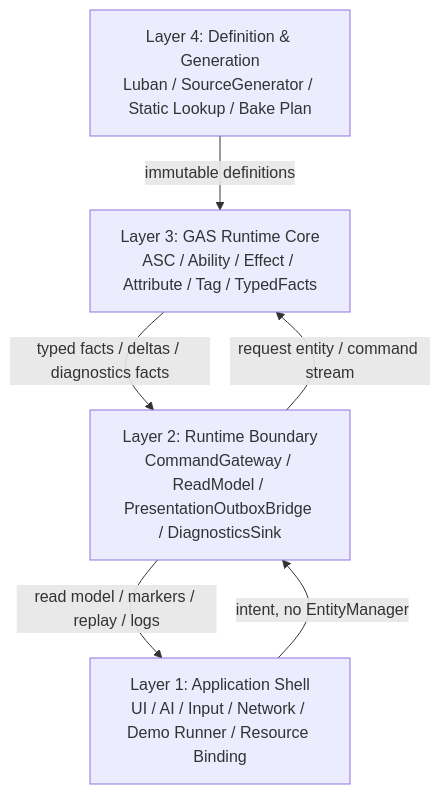
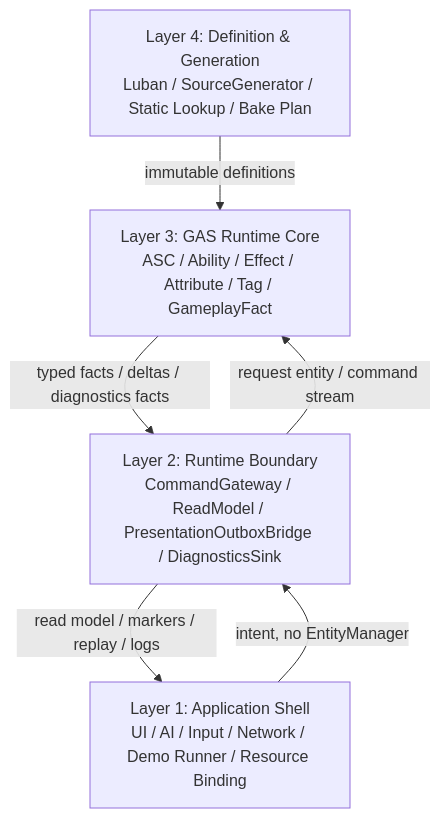
Before and after one commit to Bo-ki/gameplay-ability-system-for-unity: the diagram in 方案讨论/针对2.0的ECS架构的迭代方案讨论/01-目标态架构共识/02-四层架构Spec.md, drawn with Mermaid. The commit also changed other lines of this file and 455 other files, not shown here.

Commit message:
runtime: 重构 GAS Runtime Core DOTS 架构

````diff
--- a/方案讨论/针对2.0的ECS架构的迭代方案讨论/01-目标态架构共识/02-四层架构Spec.md
+++ b/方案讨论/针对2.0的ECS架构的迭代方案讨论/01-目标态架构共识/02-四层架构Spec.md
@@ -22,13 +22,13 @@
 ```mermaid
 flowchart TB
     Definition["Layer 4: Definition & Generation\nLuban / SourceGenerator / Static Lookup / Bake Plan"]
-    Core["Layer 3: GAS Runtime Core\nASC / Ability / Effect / Attribute / Tag / TypedFacts"]
+    Core["Layer 3: GAS Runtime Core\nASC / Ability / Effect / Attribute / Tag / GameplayFact"]
     Boundary["Layer 2: Runtime Boundary\nCommandGateway / ReadModel / PresentationOutboxBridge / DiagnosticsSink"]
     Shell["Layer 1: Application Shell\nUI / AI / Input / Network / Demo Runner / Resource Binding"]
 
     Definition -->|"immutable definitions"| Core
     Shell -->|"intent, no EntityManager"| Boundary
     Boundary -->|"request entity / command stream"| Core
     Core -->|"typed facts / deltas / diagnostics facts"| Boundary
     Boundary -->|"read model / markers / replay / logs"| Shell
 ```
````
